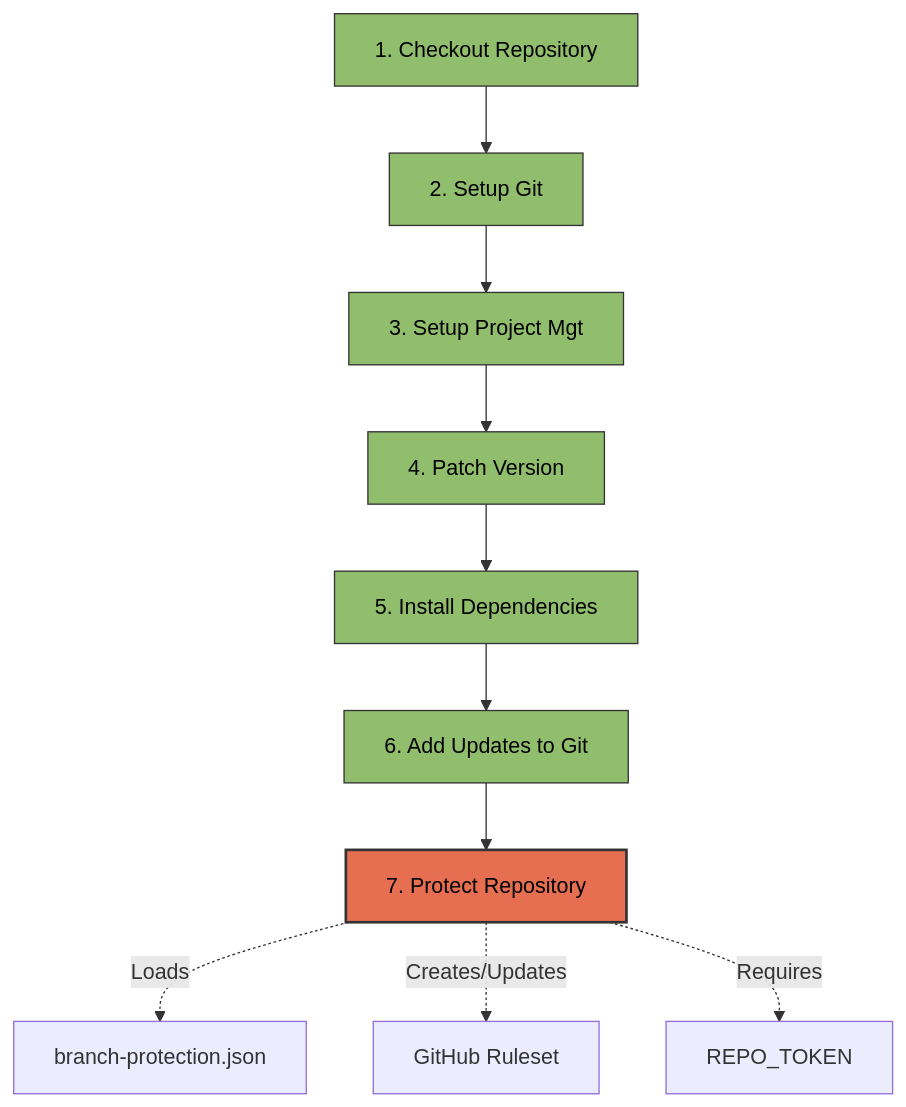
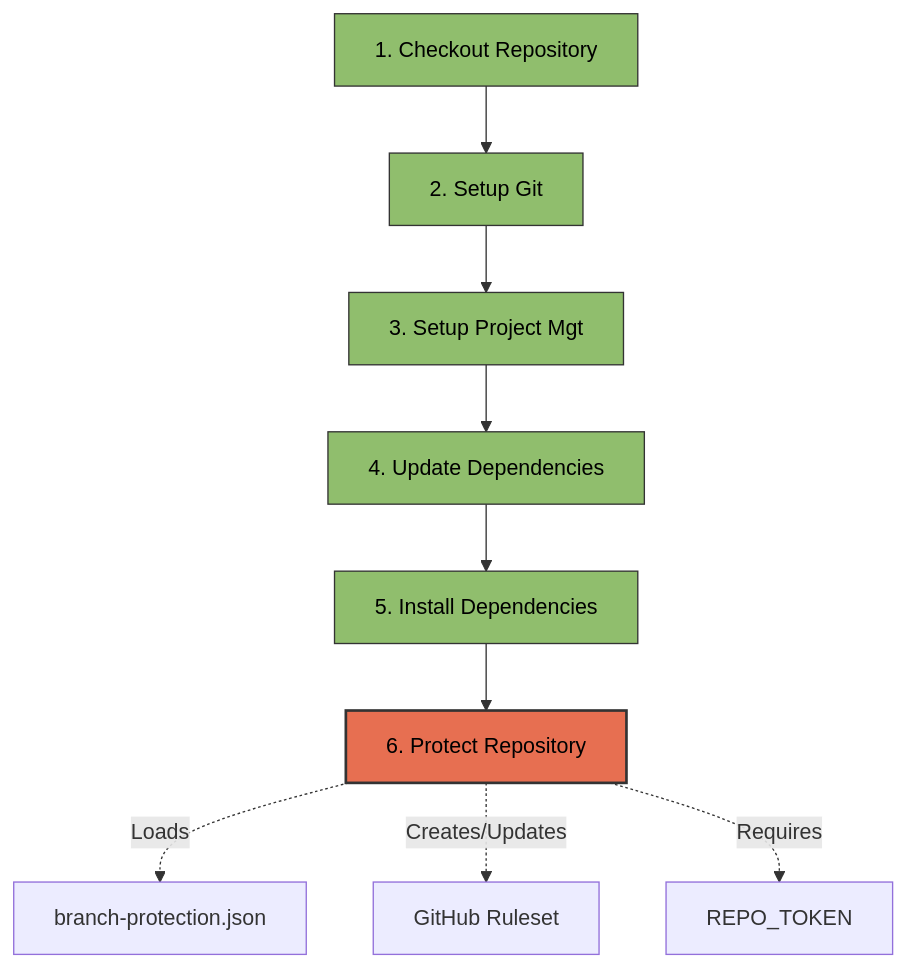
One commit to Winipedia/pyrig changed the second of 3 diagrams in docs/configs/workflows/health_check.md. Above: the diagram before and after it, drawn with Mermaid. The commit also changed other lines of this file and 9 other files, not shown here.

````diff
--- a/docs/configs/workflows/health_check.md
+++ b/docs/configs/workflows/health_check.md
@@ -101,21 +83,19 @@
 ```mermaid
 graph TD
     P1[1. Checkout Repository] --> P2[2. Setup Git]
     P2 --> P3[3. Setup Project Mgt]
-    P3 --> P4[4. Patch Version]
+    P3 --> P4[4. Update Dependencies]
     P4 --> P5[5. Install Dependencies]
-    P5 --> P6[6. Add Updates to Git]
-    P6 --> P7[7. Protect Repository]
+    P5 --> P6[6. Protect Repository]
 
-    P7 -.->|Loads| P7A[branch-protection.json]
-    P7 -.->|Creates/Updates| P7B[GitHub Ruleset]
-    P7 -.->|Requires| P7C[REPO_TOKEN]
+	    P6 -.->|Loads| P6A[branch-protection.json]
+	    P6 -.->|Creates/Updates| P6B[GitHub Ruleset]
+	    P6 -.->|Requires| P6C[REPO_TOKEN]
 
     style P1 fill:#90be6d,stroke:#333,stroke-width:1px,color:#000
     style P2 fill:#90be6d,stroke:#333,stroke-width:1px,color:#000
     style P3 fill:#90be6d,stroke:#333,stroke-width:1px,color:#000
     style P4 fill:#90be6d,stroke:#333,stroke-width:1px,color:#000
     style P5 fill:#90be6d,stroke:#333,stroke-width:1px,color:#000
-    style P6 fill:#90be6d,stroke:#333,stroke-width:1px,color:#000
-    style P7 fill:#e76f51,stroke:#333,stroke-width:2px,color:#000
+    style P6 fill:#e76f51,stroke:#333,stroke-width:2px,color:#000
 ```
````
